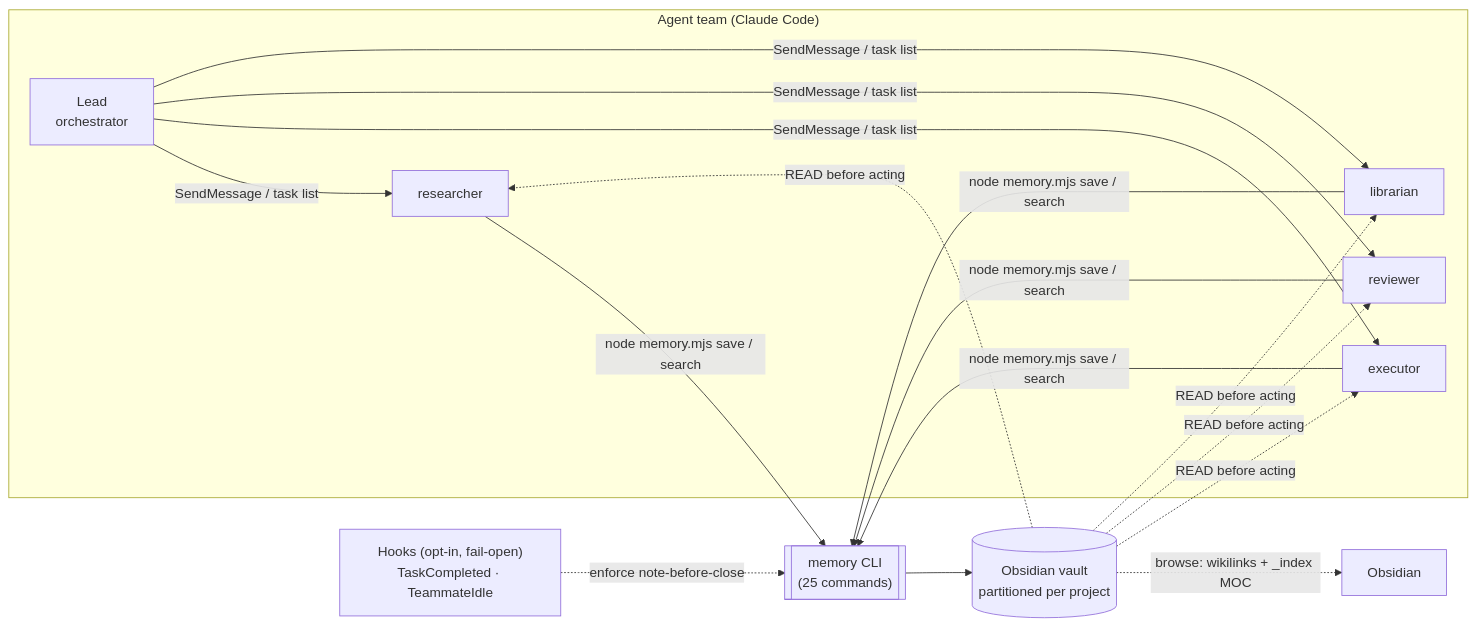
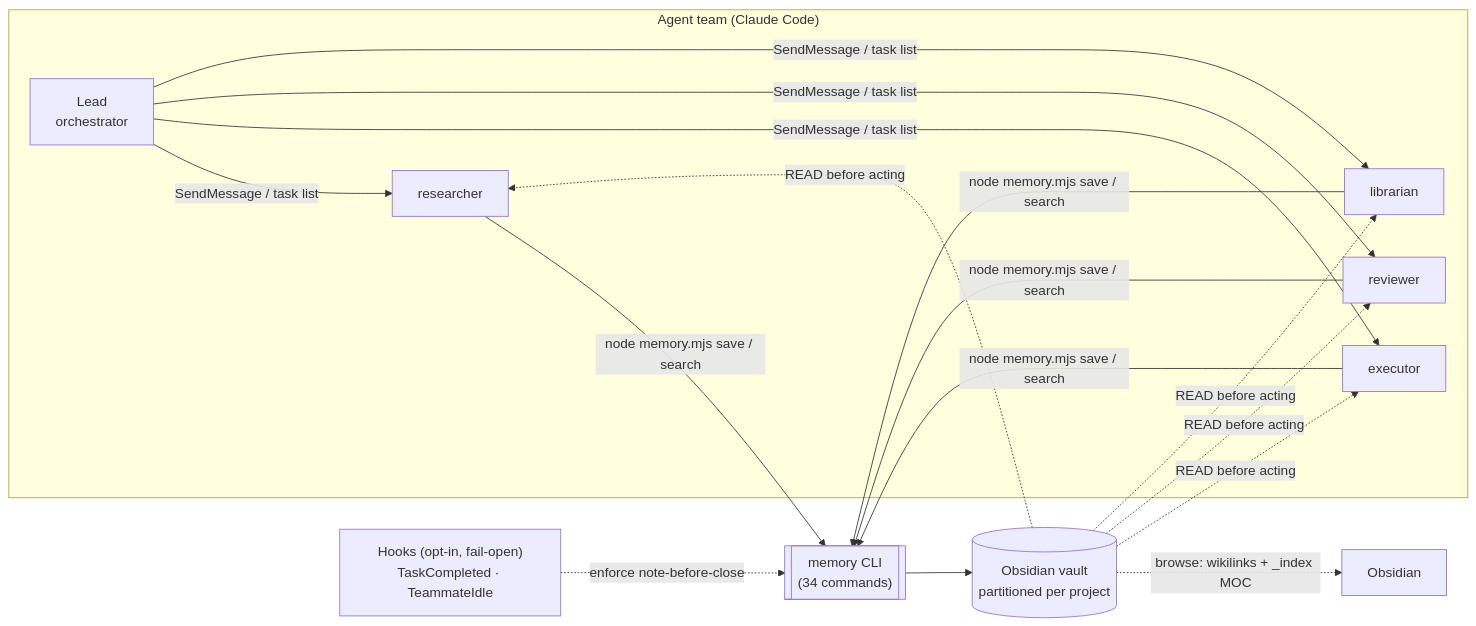
The first of 6 diagrams in README.md (MatheusChiodi/AgentTeam-Memory), drawn with Mermaid before and after one commit. The commit also changed other lines of this file and 28 other files, not shown here.

````diff
--- a/README.md
+++ b/README.md
@@ -61,16 +63,16 @@
 ```mermaid
 flowchart LR
   subgraph Team["Agent team (Claude Code)"]
     LEAD["Lead<br/>orchestrator"]
     R["researcher"]
     E["executor"]
     V["reviewer"]
     L["librarian"]
   end
   LEAD -->|SendMessage / task list| R & E & V & L
-  R & E & V & L -->|"node memory.mjs save / search"| CLI[["memory CLI<br/>(25 commands)"]]
+  R & E & V & L -->|"node memory.mjs save / search"| CLI[["memory CLI<br/>(34 commands)"]]
   CLI --> VAULT[("Obsidian vault<br/>partitioned per project")]
   VAULT -.->|"READ before acting"| R & E & V & L
   HOOKS["Hooks (opt-in, fail-open)<br/>TaskCompleted · TeammateIdle"] -.->|enforce note-before-close| CLI
   VAULT -.->|browse: wikilinks + _index MOC| OBS["Obsidian"]
 ```
````
